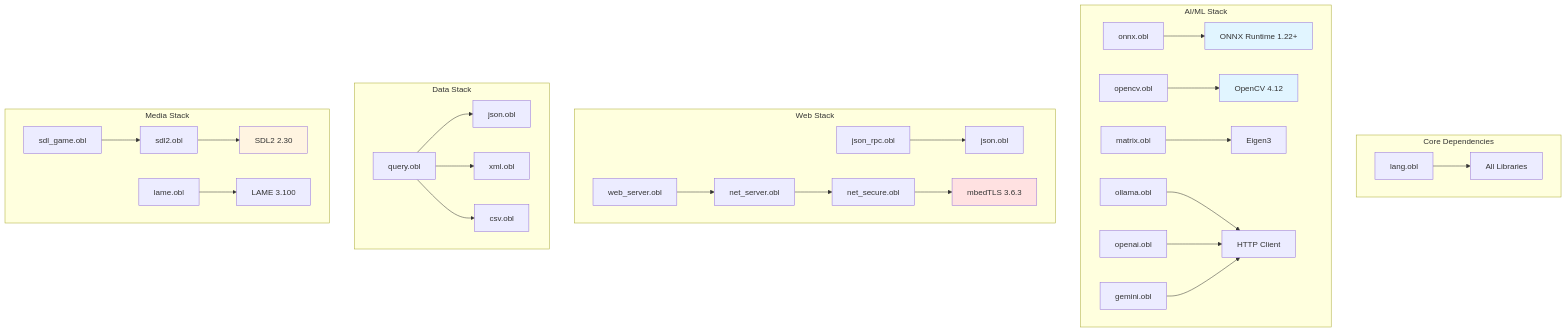
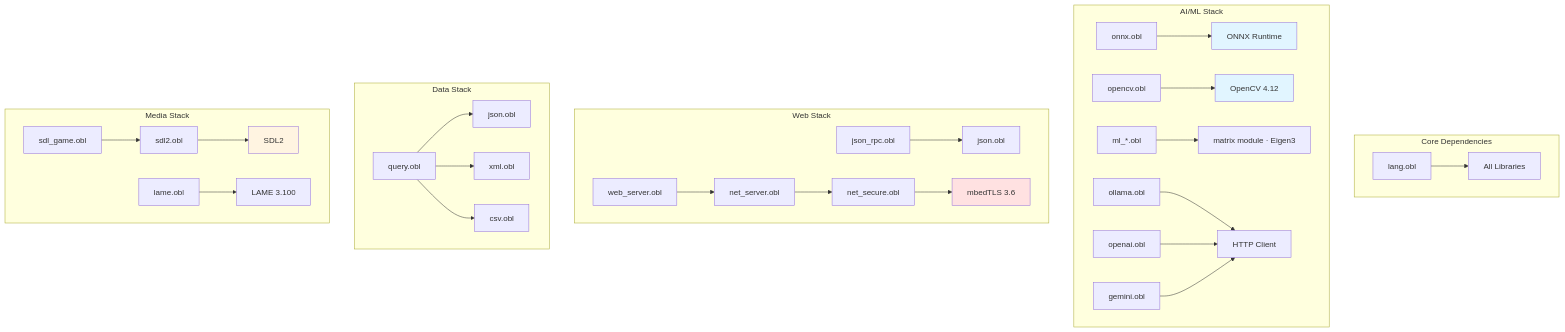
Diagram 11 of 24 in docs/architecture.md (objeck/objeck-lang), drawn with Mermaid before and after one commit. The commit also changed other lines of this file and 35 other files, not shown here.

First line of the commit message:
chore: remove unused docs and assets; bring architecture.md up to date

````diff
--- a/docs/architecture.md
+++ b/docs/architecture.md
@@ -576,40 +533,40 @@
 ```mermaid
 graph TB
     subgraph "Core Dependencies"
         A[lang.obl] --> B[All Libraries]
     end
 
     subgraph "AI/ML Stack"
-        C[onnx.obl] --> D[ONNX Runtime 1.22+]
+        C[onnx.obl] --> D[ONNX Runtime]
         E[opencv.obl] --> F[OpenCV 4.12]
-        G[matrix.obl] --> H[Eigen3]
+        G[ml_*.obl] --> H[matrix module · Eigen3]
         I[ollama.obl] --> J[HTTP Client]
         K[openai.obl] --> J
         L[gemini.obl] --> J
     end
 
     subgraph "Web Stack"
         M[web_server.obl] --> N[net_server.obl]
         O[json_rpc.obl] --> P[json.obl]
         N --> Q[net_secure.obl]
-        Q --> R[mbedTLS 3.6.3]
+        Q --> R[mbedTLS 3.6]
     end
 
     subgraph "Data Stack"
         S[json.obl]
         T[xml.obl]
         U[csv.obl]
         V[query.obl] --> S & T & U
     end
 
     subgraph "Media Stack"
-        W[sdl2.obl] --> X[SDL2 2.30]
+        W[sdl2.obl] --> X[SDL2]
         Y[sdl_game.obl] --> W
         Z[lame.obl] --> AA[LAME 3.100]
     end
 
     style D fill:#e1f5ff
     style F fill:#e1f5ff
     style R fill:#ffe1e1
     style X fill:#fff4e1
 ```
````
